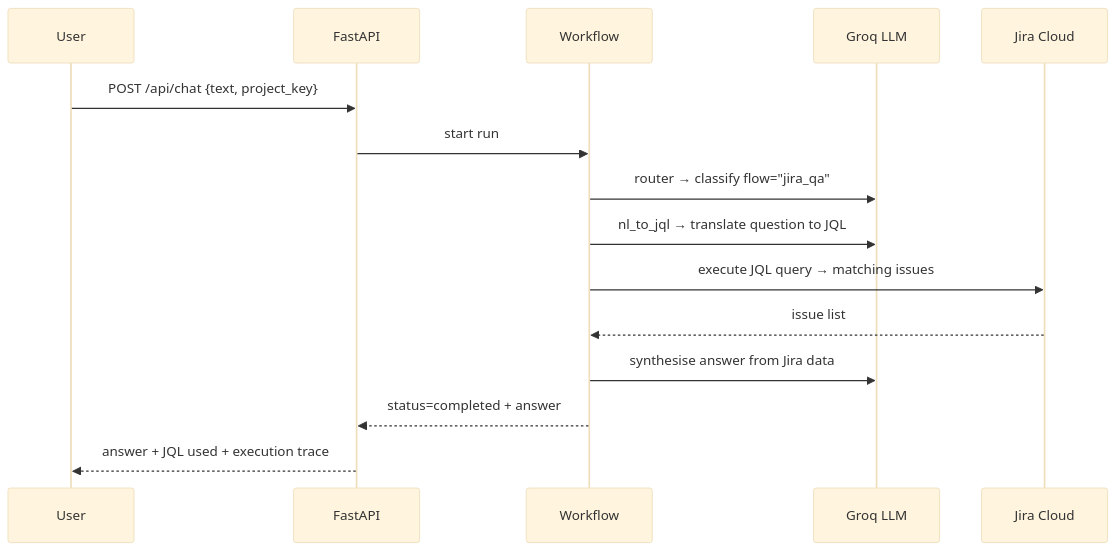
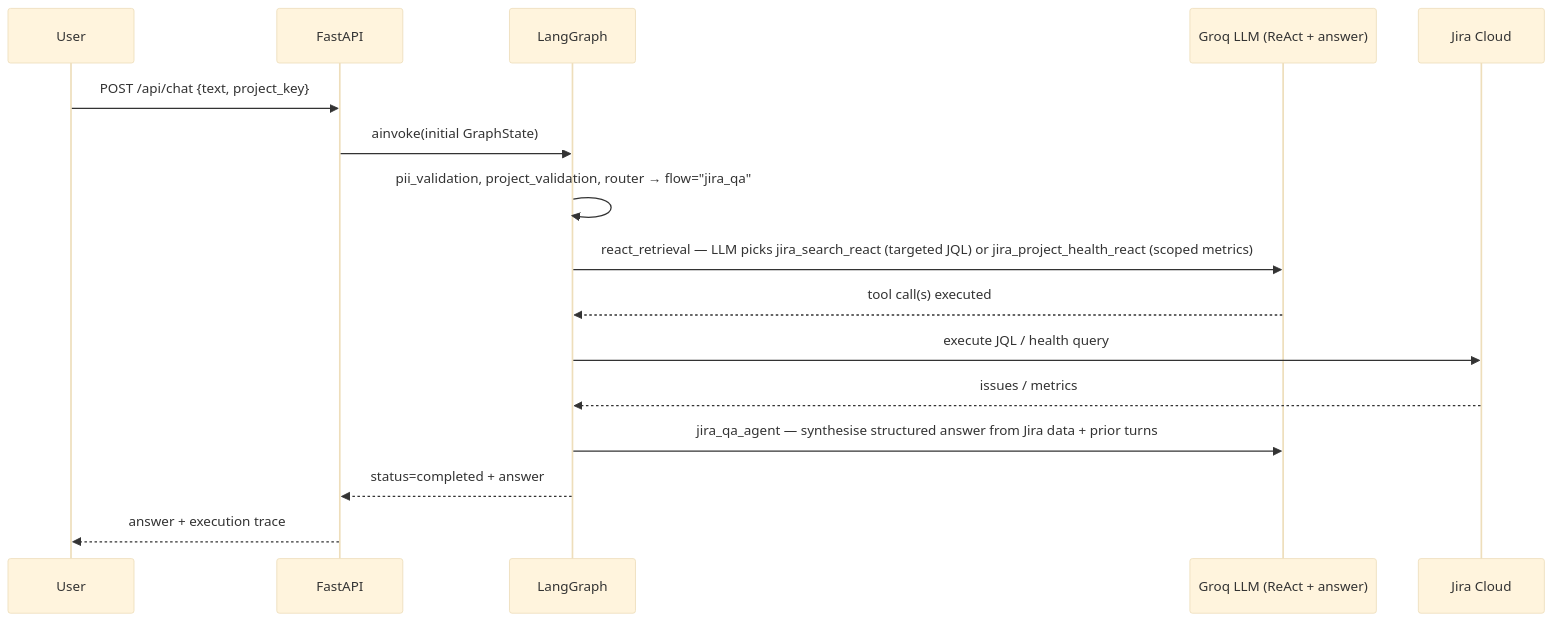
The fourth of 5 diagrams in docs/SEQUENCE.md (amit2440/jira-ai-agent), drawn with Mermaid (base theme) before and after one commit. The commit also changed other lines of this file and 31 other files, not shown here.

Commit message:
fix: Docs & Diagrams

````diff
--- a/docs/SEQUENCE.md
+++ b/docs/SEQUENCE.md
@@ -99,18 +108,19 @@
 ```mermaid
 sequenceDiagram
     participant U as User
     participant API as FastAPI
-    participant WF as Workflow
-    participant LLM as Groq LLM
+    participant G as LangGraph
+    participant LLM as Groq LLM (ReAct + answer)
     participant J as Jira Cloud
 
     U->>API: POST /api/chat {text, project_key}
-    API->>WF: start run
-    WF->>LLM: router → classify flow="jira_qa"
-    WF->>LLM: nl_to_jql → translate question to JQL
-    WF->>J: execute JQL query → matching issues
-    J-->>WF: issue list
-    WF->>LLM: synthesise answer from Jira data
-    WF-->>API: status=completed + answer
-    API-->>U: answer + JQL used + execution trace
+    API->>G: ainvoke(initial GraphState)
+    G->>G: pii_validation, project_validation, router → flow="jira_qa"
+    G->>LLM: react_retrieval — LLM picks jira_search_react (targeted JQL) or jira_project_health_react (scoped metrics)
+    LLM-->>G: tool call(s) executed
+    G->>J: execute JQL / health query
+    J-->>G: issues / metrics
+    G->>LLM: jira_qa_agent — synthesise structured answer from Jira data + prior turns
+    G-->>API: status=completed + answer
+    API-->>U: answer + execution trace
 ```
````
